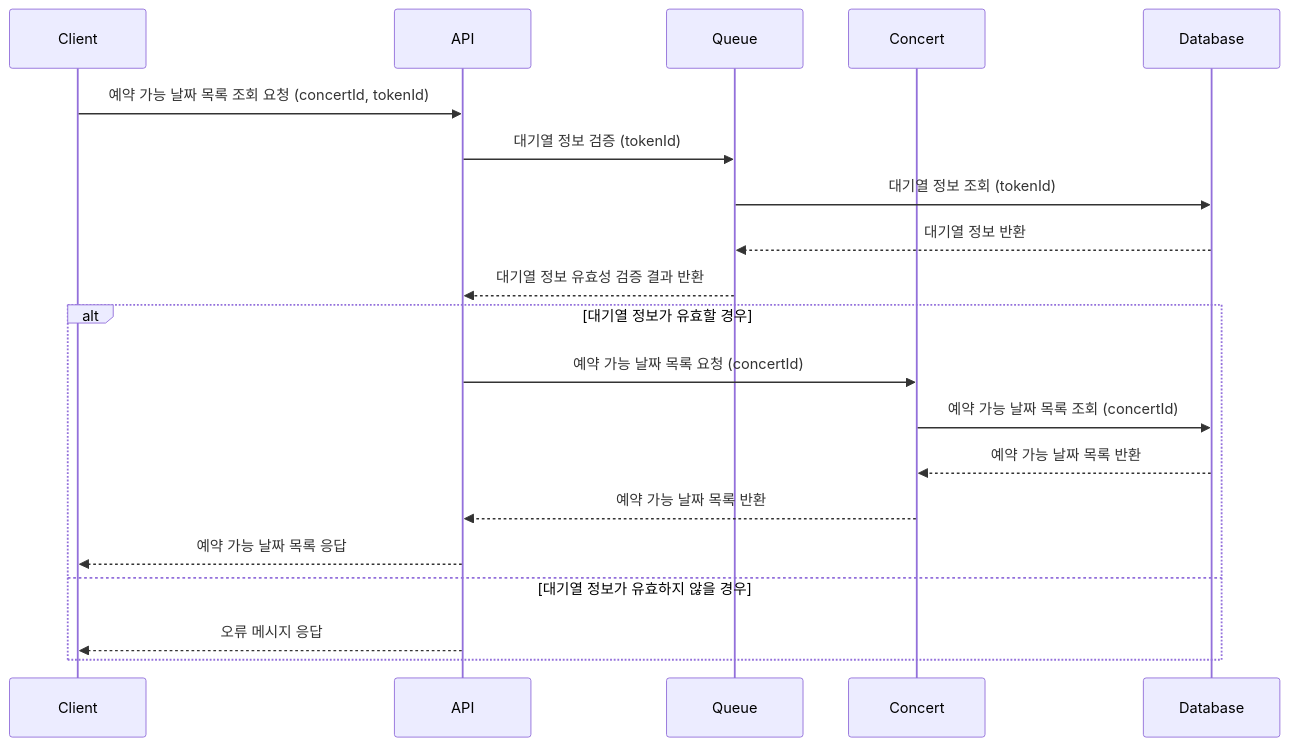
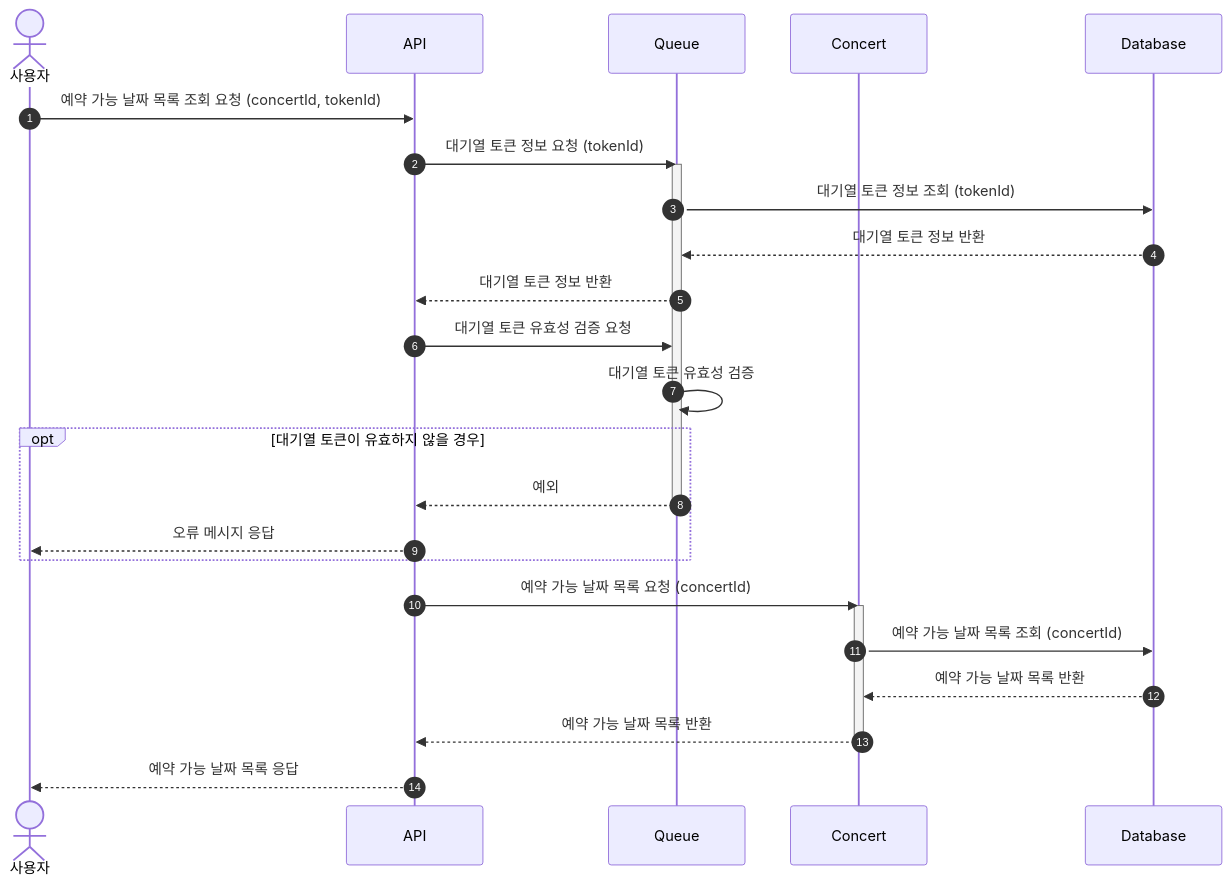
Before and after one commit to cocomongg/concert-reservation-system: the third of 8 diagrams in docs/SequenceDiagram.md, drawn with Mermaid. The commit also changed other lines of this file, not shown here.

Commit message:
fix: sequence diagram 수정

````diff
--- a/docs/SequenceDiagram.md
+++ b/docs/SequenceDiagram.md
@@ -64,23 +97,30 @@
 ```mermaid
 sequenceDiagram
-    participant Client
+    autonumber
+    Actor U as 사용자
     participant API
     participant Queue
     participant Concert
     participant Database
 
-    Client->>API: 예약 가능 날짜 목록 조회 요청 (concertId, tokenId)
-    API->>Queue: 대기열 정보 검증 (tokenId)
-    Queue ->> Database: 대기열 정보 조회 (tokenId)
-    Database -->> Queue: 대기열 정보 반환
-    Queue -->> API: 대기열 정보 유효성 검증 결과 반환
-    alt 대기열 정보가 유효할 경우
-        API ->> Concert: 예약 가능 날짜 목록 요청 (concertId)
-        Concert ->> Database: 예약 가능 날짜 목록 조회 (concertId)
-        Database -->> Concert: 예약 가능 날짜 목록 반환
-        Concert -->> API: 예약 가능 날짜 목록 반환
-        API -->> Client: 예약 가능 날짜 목록 응답
-    else 대기열 정보가 유효하지 않을 경우
-        API -->> Client: 오류 메시지 응답
+    U->>API: 예약 가능 날짜 목록 조회 요청 (concertId, tokenId)
+    API->>Queue: 대기열 토큰 정보 요청 (tokenId)
+    activate Queue
+    Queue ->> Database: 대기열 토큰 정보 조회 (tokenId)
+    Database -->> Queue: 대기열 토큰 정보 반환
+    Queue -->> API: 대기열 토큰 정보 반환
+    API ->> Queue: 대기열 토큰 유효성 검증 요청
+    Queue ->> Queue: 대기열 토큰 유효성 검증
+    opt 대기열 토큰이 유효하지 않을 경우
+        Queue -->> API: 예외
+        deactivate Queue
+        API -->> U: 오류 메시지 응답
     end
+    API ->> Concert: 예약 가능 날짜 목록 요청 (concertId)
+    activate Concert
+    Concert ->> Database: 예약 가능 날짜 목록 조회 (concertId)
+    Database -->> Concert: 예약 가능 날짜 목록 반환
+    Concert -->> API: 예약 가능 날짜 목록 반환
+    deactivate Concert
+    API -->> U: 예약 가능 날짜 목록 응답
 ```
````
